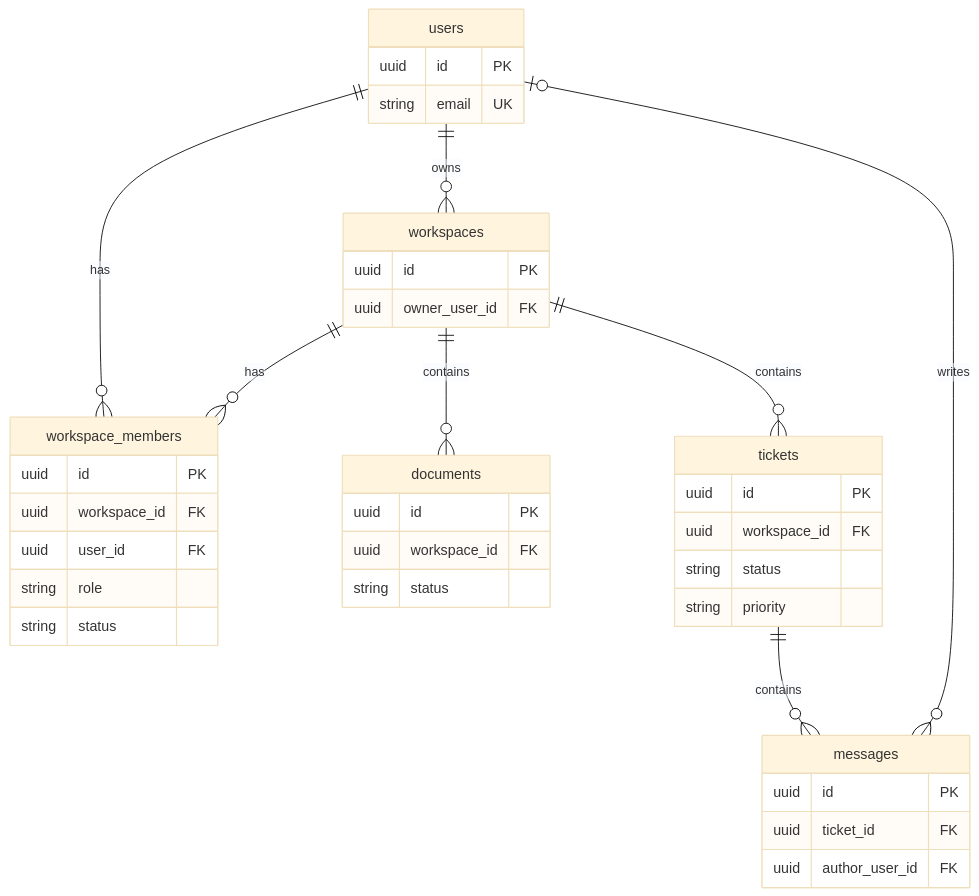
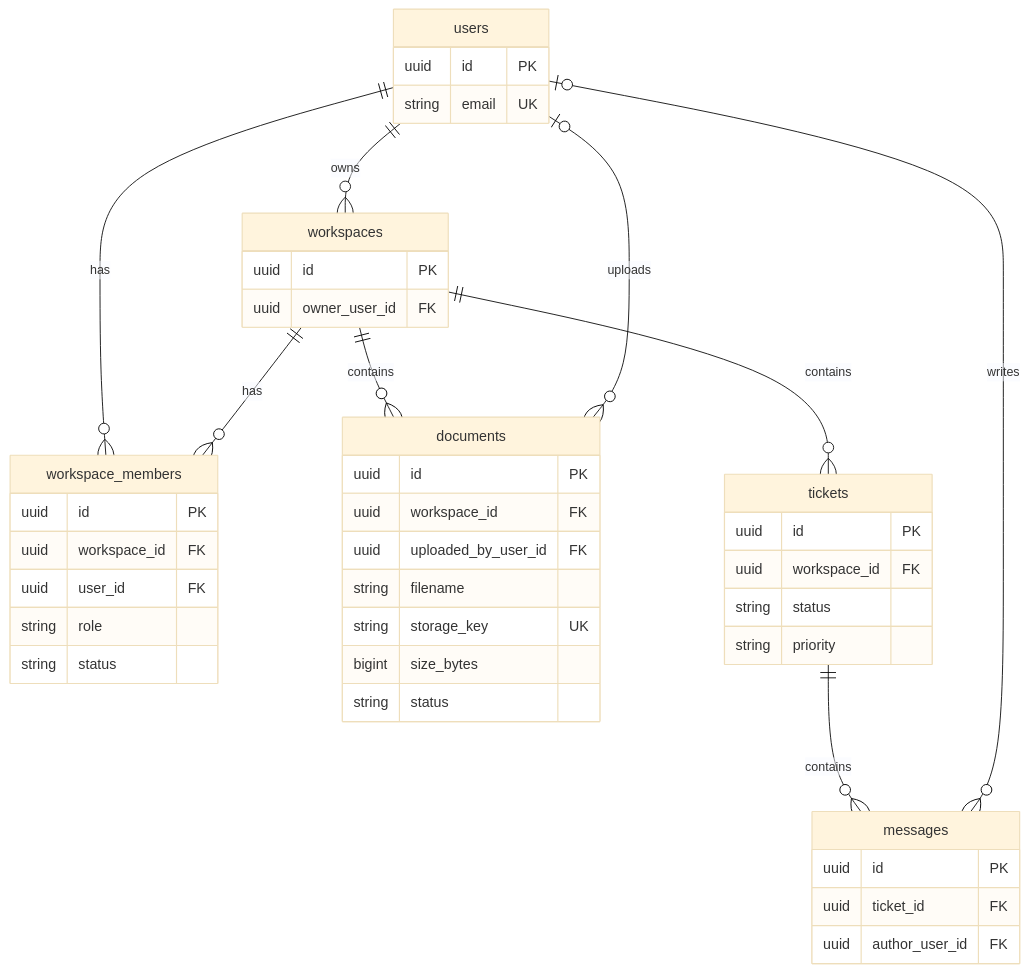
The first of 3 diagrams in README.md (shaoyih75/SupportFlow.AI), drawn with Mermaid (base theme) before and after one commit. The commit also changed other lines of this file and 32 other files, not shown here.

````diff
--- a/README.md
+++ b/README.md
@@ -162,42 +168,47 @@
 ```mermaid
 erDiagram
     users ||--o{ workspace_members : "has"
     workspaces ||--o{ workspace_members : "has"
     users ||--o{ workspaces : "owns"
     workspaces ||--o{ documents : "contains"
     workspaces ||--o{ tickets : "contains"
     tickets ||--o{ messages : "contains"
     users |o--o{ messages : "writes"
+    users |o--o{ documents : "uploads"
 
     users {
         uuid id PK
         string email UK
     }
     workspaces {
         uuid id PK
         uuid owner_user_id FK
     }
     workspace_members {
         uuid id PK
         uuid workspace_id FK
         uuid user_id FK
         string role
         string status
     }
     documents {
         uuid id PK
         uuid workspace_id FK
+        uuid uploaded_by_user_id FK
+        string filename
+        string storage_key UK
+        bigint size_bytes
         string status
     }
     tickets {
         uuid id PK
         uuid workspace_id FK
         string status
         string priority
     }
     messages {
         uuid id PK
         uuid ticket_id FK
         uuid author_user_id FK
     }
 ```
````
